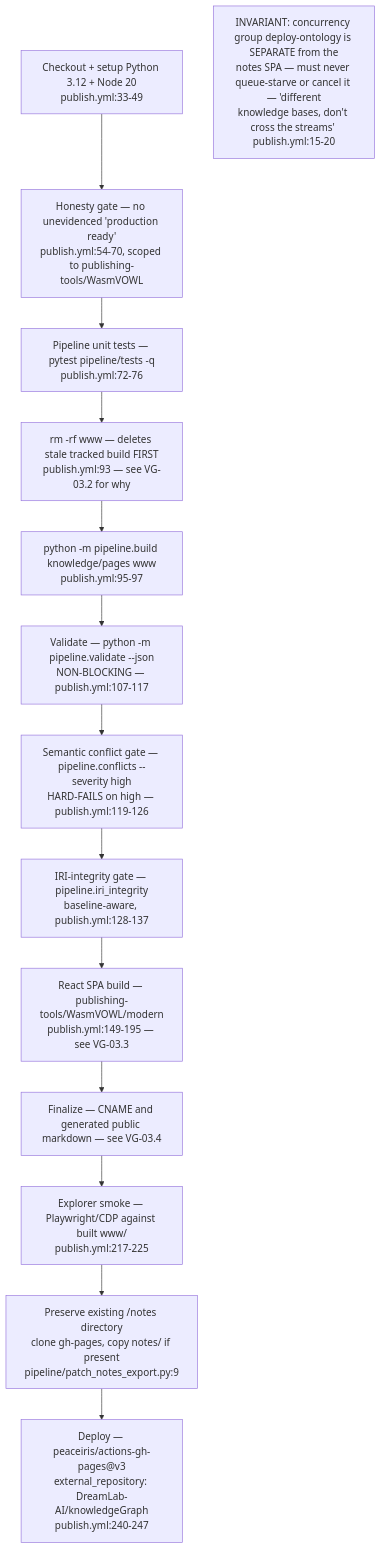
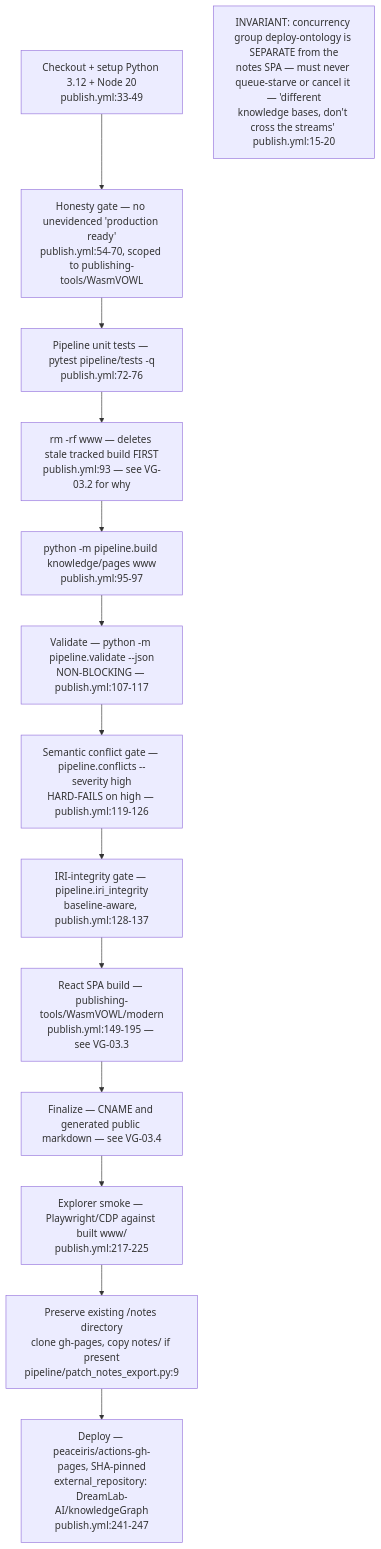
Before and after one commit to DreamLab-AI/VisionFlow: the first of 4 diagrams in docs/diagrams/visiongraph/03-publish-pipeline-and-explorer-build.md, drawn with Mermaid. The commit also changed other lines of this file and 11 other files, not shown here.

First line of the commit message:
docs(diagrams): audit the five light areas, and draw the proposed chain view

````diff
--- a/docs/diagrams/visiongraph/03-publish-pipeline-and-explorer-build.md
+++ b/docs/diagrams/visiongraph/03-publish-pipeline-and-explorer-build.md
@@ -19,18 +19,18 @@
 ```mermaid
 flowchart TD
     CO["Checkout + setup Python 3.12 + Node 20<br/>publish.yml:33-49"]
     HON["Honesty gate — no unevidenced 'production ready'<br/>publish.yml:54-70, scoped to publishing-tools/WasmVOWL"]
     PYT["Pipeline unit tests — pytest pipeline/tests -q<br/>publish.yml:72-76"]
     RM["rm -rf www — deletes stale tracked build FIRST<br/>publish.yml:93 — see VG-03.2 for why"]
     BUILD["python -m pipeline.build knowledge/pages www<br/>publish.yml:95-97"]
     VAL["Validate — python -m pipeline.validate --json<br/>NON-BLOCKING — publish.yml:107-117"]
     CONF["Semantic conflict gate — pipeline.conflicts --severity high<br/>HARD-FAILS on high — publish.yml:119-126"]
     IRI["IRI-integrity gate — pipeline.iri_integrity<br/>baseline-aware, publish.yml:128-137"]
     SPA["React SPA build — publishing-tools/WasmVOWL/modern<br/>publish.yml:149-195 — see VG-03.3"]
     FIN["Finalize — CNAME and generated public markdown — see VG-03.4"]
     SMOKE["Explorer smoke — Playwright/CDP against built www/<br/>publish.yml:217-225"]
     NOTES["Preserve existing /notes directory<br/>clone gh-pages, copy notes/ if present<br/>pipeline/patch_notes_export.py:9"]
-    DEPLOY["Deploy — peaceiris/actions-gh-pages@v3<br/>external_repository: DreamLab-AI/knowledgeGraph<br/>publish.yml:240-247"]
+    DEPLOY["Deploy — peaceiris/actions-gh-pages, SHA-pinned<br/>external_repository: DreamLab-AI/knowledgeGraph<br/>publish.yml:241-247"]
     CO --> HON --> PYT --> RM --> BUILD --> VAL --> CONF --> IRI --> SPA --> FIN --> SMOKE --> NOTES --> DEPLOY
     note1["INVARIANT: concurrency group deploy-ontology is SEPARATE from the<br/>notes SPA — must never queue-starve or cancel it — 'different<br/>knowledge bases, don#39;t cross the streams' publish.yml:15-20"]
 ```
````
